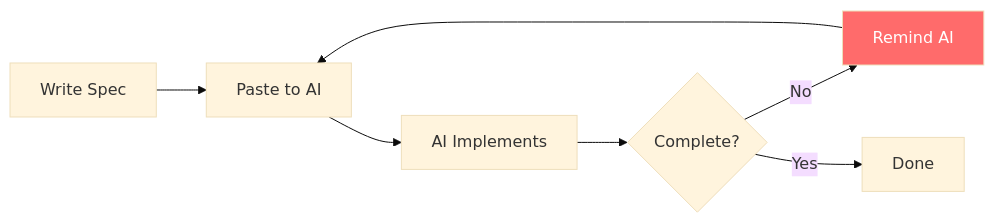
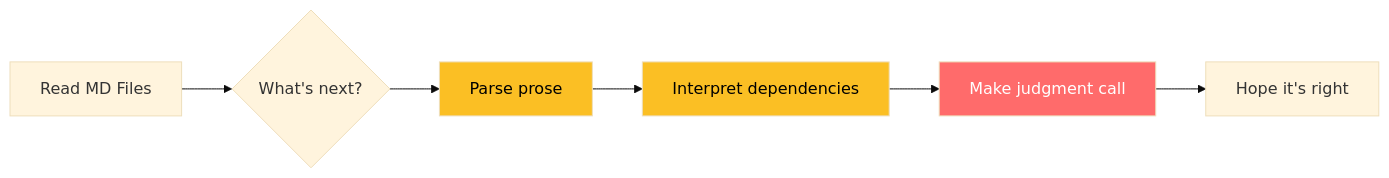
The first of 4 diagrams in docs/blog/part1-introduction-to-beads.md (koustubh25/mission-house), drawn with Mermaid (base theme) before and after one commit. The commit also changed other lines of this file and 1 other file, not shown here.

First line of the commit message:
docs: Revise blog to focus on graph-based advantages over MD files

````diff
--- a/docs/blog/part1-introduction-to-beads.md
+++ b/docs/blog/part1-introduction-to-beads.md
@@ -29,11 +27,12 @@
 ```mermaid
 flowchart LR
-    A[Write Spec] --> B[Paste to AI]
-    B --> C[AI Implements]
-    C --> D{Complete?}
-    D -->|No| E[Remind AI]
-    E --> B
-    D -->|Yes| F[Done]
+    A[Read MD Files] --> B{What's next?}
+    B --> C[Parse prose]
+    C --> D[Interpret dependencies]
+    D --> E[Make judgment call]
+    E --> F[Hope it's right]
 
+    style C fill:#fbbf24,color:#000
+    style D fill:#fbbf24,color:#000
     style E fill:#ff6b6b,color:#fff
 ```
````
